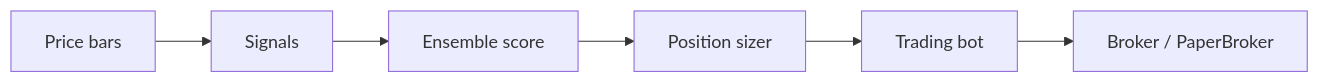
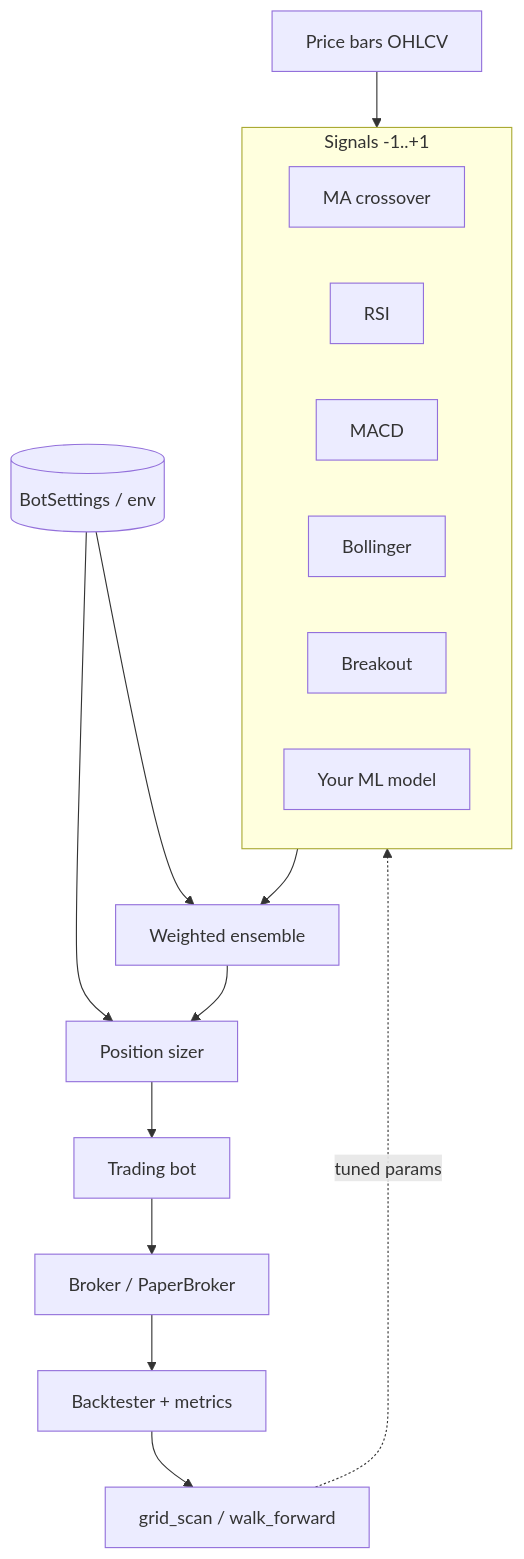
One commit to Viprasol-Tech/ai-trading-bot changed the diagram in README.md. Above: the diagram before and after it, drawn with Mermaid. The commit also changed other lines of this file and 17 other files, not shown here.

````diff
--- a/README.md
+++ b/README.md
@@ -76,8 +114,21 @@
 ```mermaid
-flowchart LR
-    DATA[Price bars] --> SIG[Signals]
-    SIG --> ENS[Ensemble score]
+flowchart TD
+    DATA[Price bars OHLCV] --> SIGS
+    subgraph SIGS[Signals -1..+1]
+        MA[MA crossover]
+        RSI[RSI]
+        MACD[MACD]
+        BB[Bollinger]
+        BRK[Breakout]
+        ML[Your ML model]
+    end
+    SIGS --> ENS[Weighted ensemble]
+    CFG[(BotSettings / env)] --> ENS
+    CFG --> RISK
     ENS --> RISK[Position sizer]
     RISK --> BOT[Trading bot]
     BOT --> BROKER[Broker / PaperBroker]
+    BROKER --> BT[Backtester + metrics]
+    BT --> OPT[grid_scan / walk_forward]
+    OPT -.tuned params.-> SIGS
 ```
````
